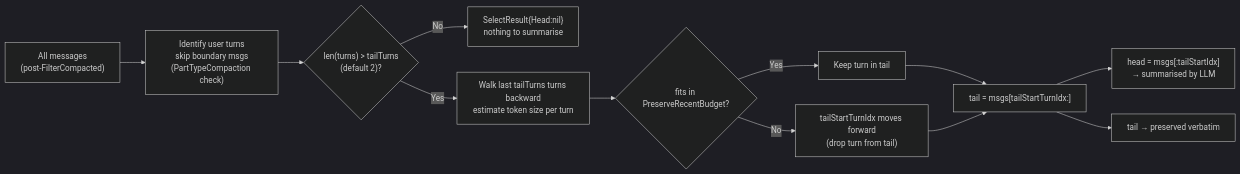
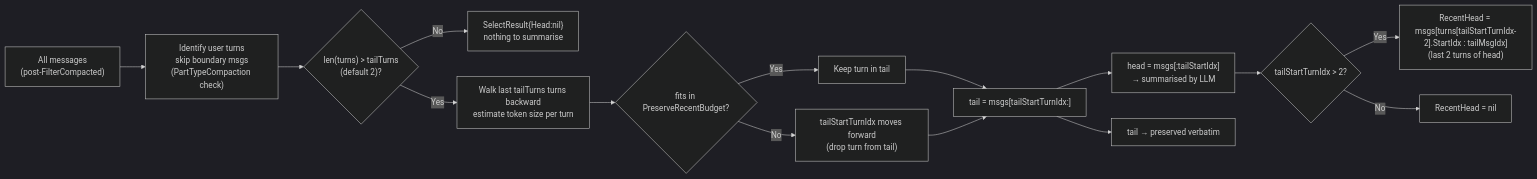
One commit to larryhou/llm-go changed the fourth of 6 diagrams in .opencode/skills/llm/SKILL.md. Above: the diagram before and after it, drawn with Mermaid (dark theme). The commit also changed other lines of this file and 1 other file, not shown here.

````diff
--- a/.opencode/skills/llm/SKILL.md
+++ b/.opencode/skills/llm/SKILL.md
@@ -143,14 +153,17 @@
 ```mermaid
 flowchart LR
     Msgs["All messages\n(post-FilterCompacted)"] --> Turns["Identify user turns\nskip boundary msgs\n(PartTypeCompaction check)"]
     Turns --> Enough{"len(turns) > tailTurns\n(default 2)?"}
     Enough -- No --> NoSplit["SelectResult{Head:nil}\nnothing to summarise"]
     Enough -- Yes --> WalkBack["Walk last tailTurns turns backward\nestimate token size per turn"]
     WalkBack --> Budget{"fits in PreserveRecentBudget?"}
     Budget -- Yes --> KeepInTail["Keep turn in tail"]
     Budget -- No --> PushForward["tailStartTurnIdx moves forward\n(drop turn from tail)"]
     KeepInTail --> TailStart["tail = msgs[tailStartTurnIdx:]"]
     PushForward --> TailStart
     TailStart --> Head["head = msgs[:tailStartIdx]\n→ summarised by LLM"]
     TailStart --> Tail["tail → preserved verbatim"]
+    Head --> RecentHead{"tailStartTurnIdx > 2?"}
+    RecentHead -- Yes --> RH["RecentHead = msgs[turns[tailStartTurnIdx-2].StartIdx : tailMsgIdx]\n(last 2 turns of head)"]
+    RecentHead -- No --> RHNil["RecentHead = nil"]
 ```
````
